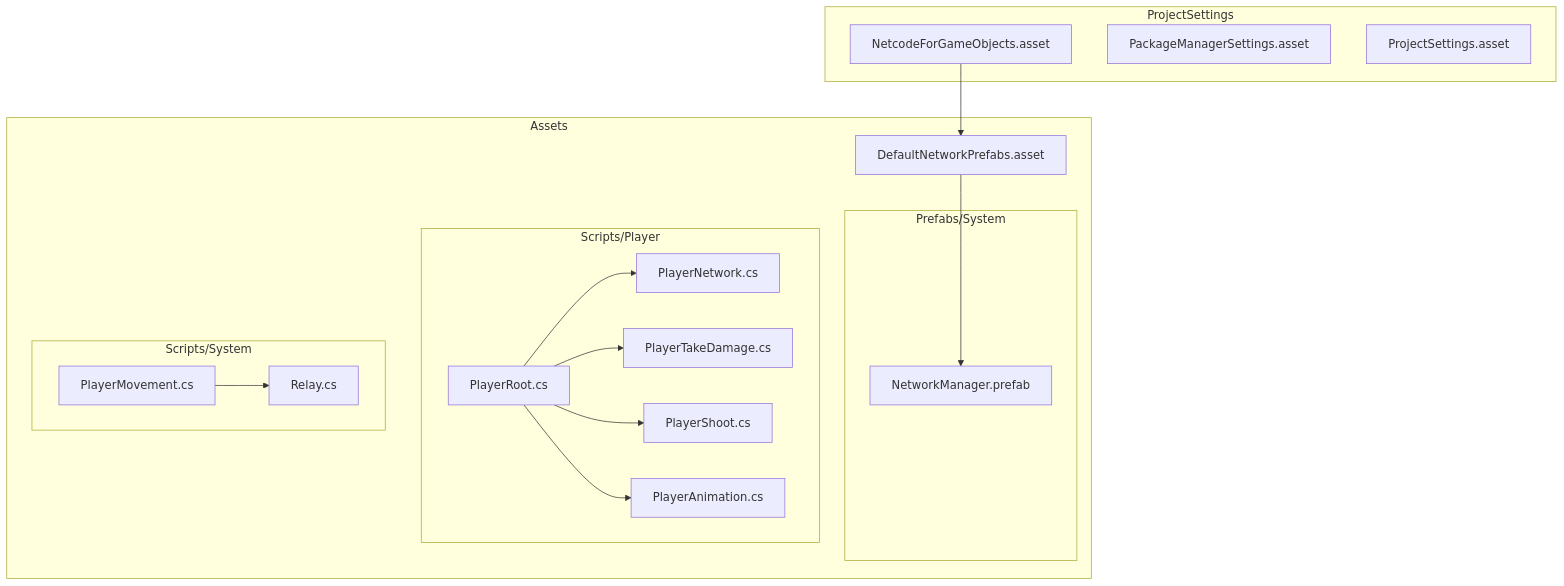
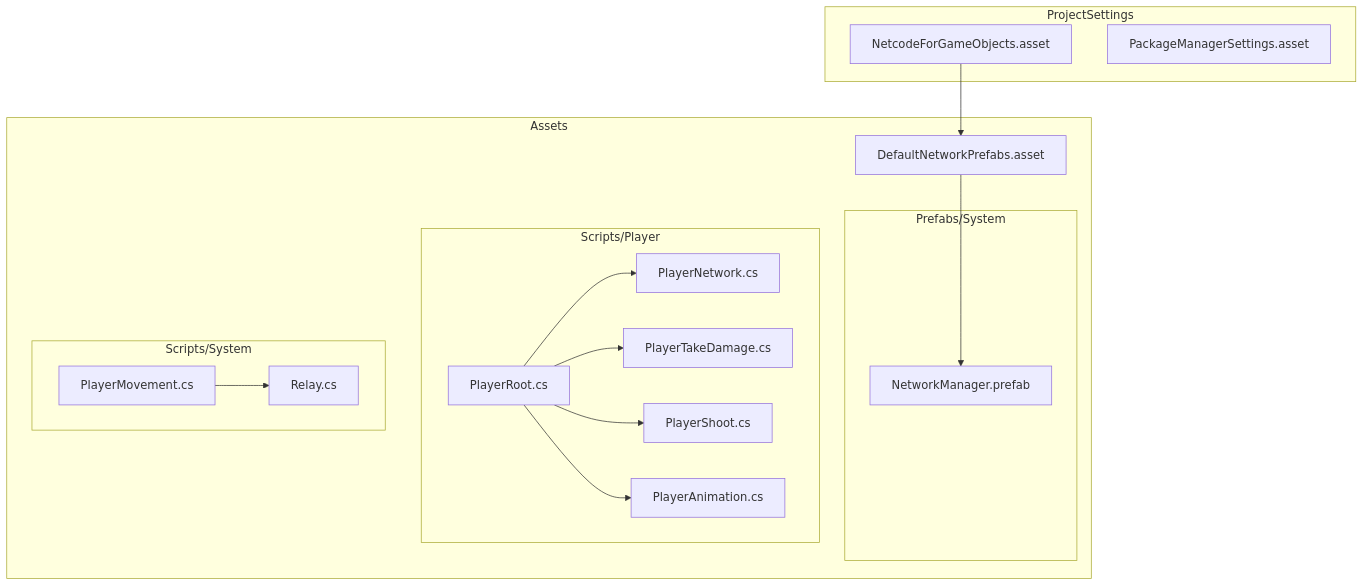
The first of 7 diagrams in .qoder/repowiki/en/content/Multiplayer System/Networking Architecture/Netcode for GameObjects Integration.md (kandeng/AI-Controlled-battle-game), drawn with Mermaid before and after one commit. The commit also changed other lines of this file and 76 other files, not shown here.

````diff
--- a/.qoder/repowiki/en/content/Multiplayer System/Networking Architecture/Netcode for GameObjects Integration.md
+++ b/.qoder/repowiki/en/content/Multiplayer System/Networking Architecture/Netcode for GameObjects Integration.md
@@ -48,32 +47,31 @@
 ```mermaid
 graph TB
 subgraph "ProjectSettings"
 NFG["NetcodeForGameObjects.asset"]
 PM["PackageManagerSettings.asset"]
-PS["ProjectSettings.asset"]
 end
 subgraph "Assets"
 DNP["DefaultNetworkPrefabs.asset"]
 subgraph "Prefabs/System"
 NM["NetworkManager.prefab"]
 end
 subgraph "Scripts/Player"
 PR["PlayerRoot.cs"]
 PN["PlayerNetwork.cs"]
 PTD["PlayerTakeDamage.cs"]
 PSH["PlayerShoot.cs"]
 PAN["PlayerAnimation.cs"]
 end
 subgraph "Scripts/System"
 PMV["PlayerMovement.cs"]
 RL["Relay.cs"]
 end
 end
 NFG --> DNP
 DNP --> NM
 PR --> PN
 PR --> PTD
 PR --> PSH
 PR --> PAN
 PMV --> RL
 ```
````
